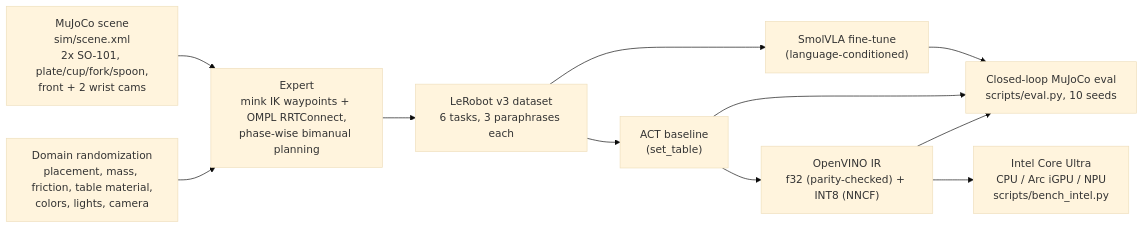
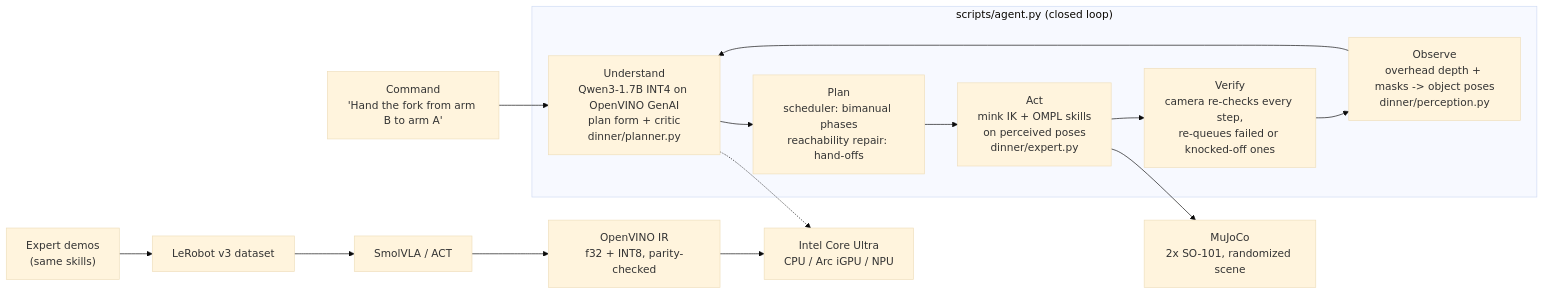
Before and after one commit to Abrar5510/busboy: the diagram in README.md, drawn with Mermaid (base theme). The commit also changed other lines of this file and 37 other files, not shown here.

First line of the commit message:
Closed-loop agent: OpenVINO LLM planner, camera perception, full SmolVLA export

````diff
--- a/README.md
+++ b/README.md
@@ -18,12 +28,14 @@
 ```mermaid
 flowchart LR
-    S["MuJoCo scene<br/>sim/scene.xml<br/>2x SO-101, plate/cup/fork/spoon,<br/>front + 2 wrist cams"] --> E
-    DR["Domain randomization<br/>placement, mass, friction, table material,<br/>colors, lights, camera"] --> E
-    E["Expert<br/>mink IK waypoints + OMPL RRTConnect,<br/>phase-wise bimanual planning"] --> D["LeRobot v3 dataset<br/>6 tasks, 3 paraphrases each"]
-    D --> V["SmolVLA fine-tune<br/>(language-conditioned)"]
-    D --> A["ACT baseline<br/>(set_table)"]
-    V --> L["Closed-loop MuJoCo eval<br/>scripts/eval.py, 10 seeds"]
-    A --> L
-    A --> O["OpenVINO IR<br/>f32 (parity-checked) + INT8 (NNCF)"] --> I["Intel Core Ultra<br/>CPU / Arc iGPU / NPU<br/>scripts/bench_intel.py"]
-    O --> L
+    C["Command<br/>'Hand the fork from arm B to arm A'"] --> P
+    subgraph Agent["scripts/agent.py (closed loop)"]
+        O["Observe<br/>overhead depth + masks -> object poses<br/>dinner/perception.py"] --> P["Understand<br/>Qwen3-1.7B INT4 on OpenVINO GenAI<br/>plan form + critic<br/>dinner/planner.py"]
+        P --> S["Plan<br/>scheduler: bimanual phases<br/>reachability repair: hand-offs"]
+        S --> A["Act<br/>mink IK + OMPL skills<br/>on perceived poses<br/>dinner/expert.py"]
+        A --> V["Verify<br/>camera re-checks every step,<br/>re-queues failed or knocked-off ones"]
+        V --> O
+    end
+    A --> M["MuJoCo<br/>2x SO-101, randomized scene"]
+    E["Expert demos<br/>(same skills)"] --> D["LeRobot v3 dataset"] --> L["SmolVLA / ACT"] --> X["OpenVINO IR<br/>f32 + INT8, parity-checked"] --> I["Intel Core Ultra<br/>CPU / Arc iGPU / NPU"]
+    P -.-> I
 ```
````
